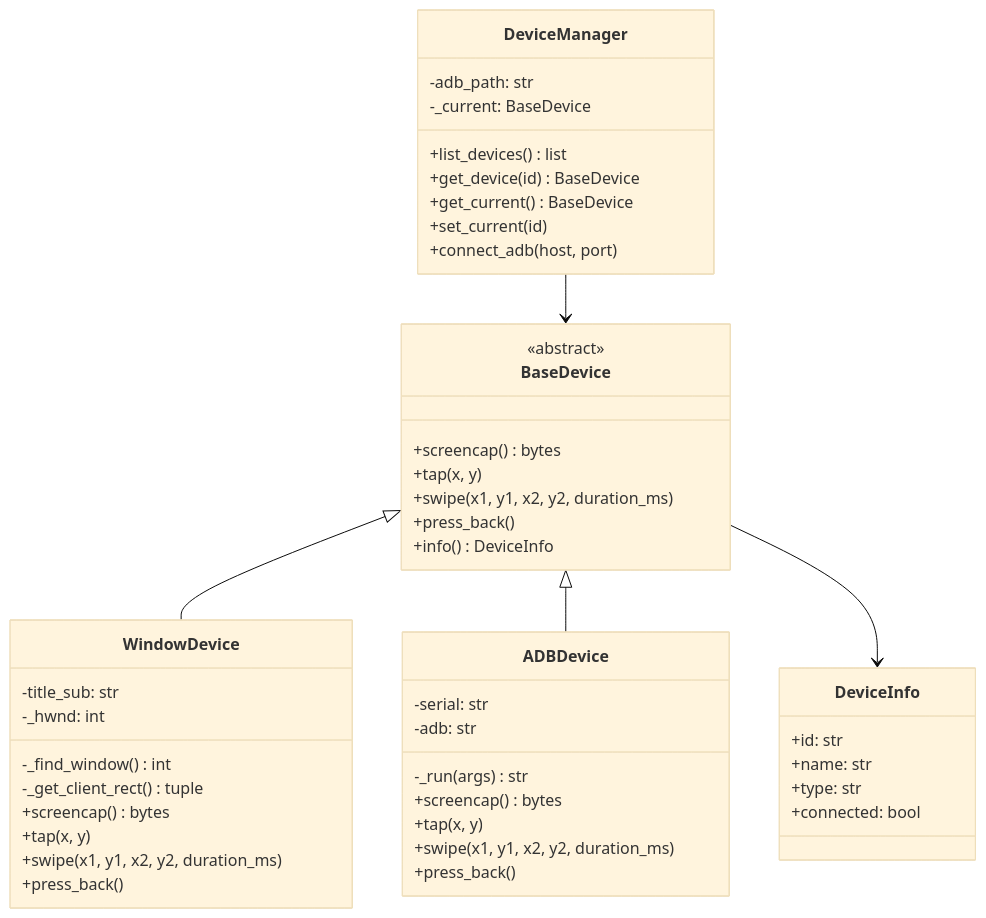
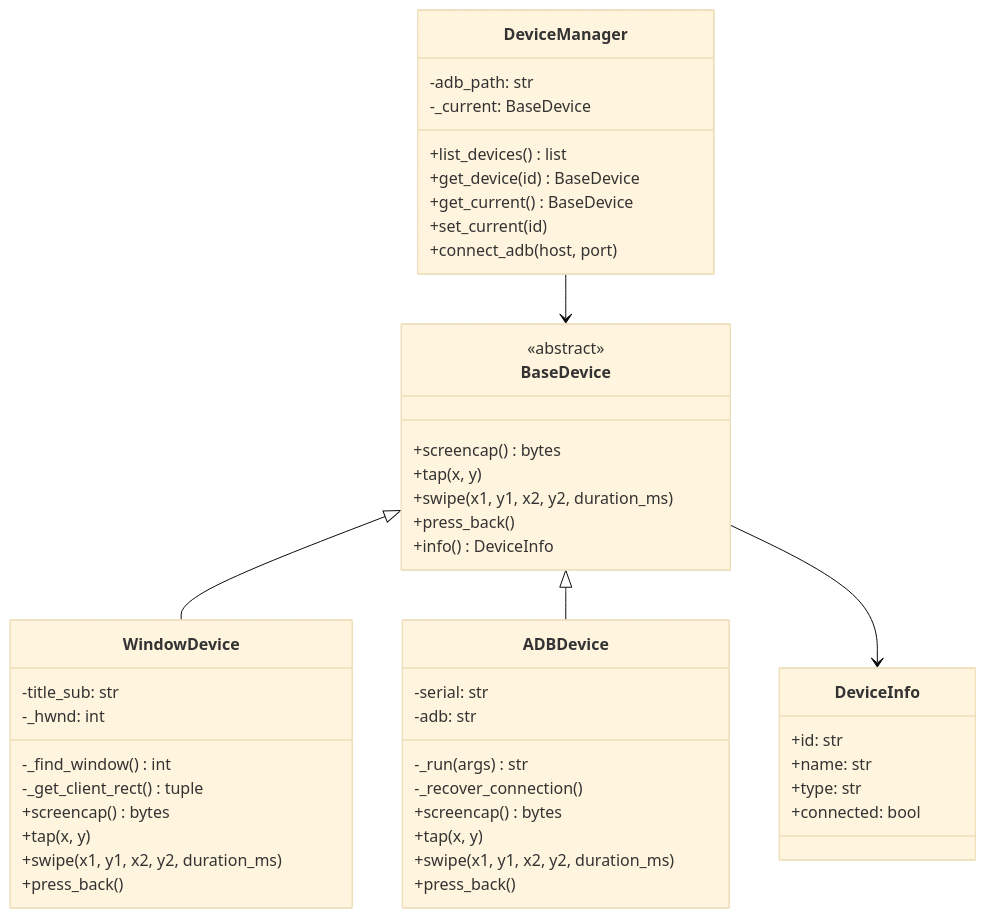
Before and after one commit to yun-2000/wos-bluestacks-bot: the third of 4 diagrams in docs/architecture.md, drawn with Mermaid (base theme). The commit also changed 11 other files, not shown here.

````diff
--- a/docs/architecture.md
+++ b/docs/architecture.md
@@ -96,54 +96,55 @@
 ```mermaid
 classDiagram
     class BaseDevice {
         <<abstract>>
         +screencap() bytes
         +tap(x, y)
         +swipe(x1, y1, x2, y2, duration_ms)
         +press_back()
         +info() DeviceInfo
     }
 
     class WindowDevice {
         -title_sub: str
         -_hwnd: int
         -_find_window() int
         -_get_client_rect() tuple
         +screencap() bytes
         +tap(x, y)
         +swipe(x1, y1, x2, y2, duration_ms)
         +press_back()
     }
 
     class ADBDevice {
         -serial: str
         -adb: str
         -_run(args) str
+        -_recover_connection()
         +screencap() bytes
         +tap(x, y)
         +swipe(x1, y1, x2, y2, duration_ms)
         +press_back()
     }
 
     class DeviceManager {
         -adb_path: str
         -_current: BaseDevice
         +list_devices() list
         +get_device(id) BaseDevice
         +get_current() BaseDevice
         +set_current(id)
         +connect_adb(host, port)
     }
 
     class DeviceInfo {
         +id: str
         +name: str
         +type: str
         +connected: bool
     }
 
     BaseDevice <|-- WindowDevice
     BaseDevice <|-- ADBDevice
     DeviceManager --> BaseDevice
     BaseDevice --> DeviceInfo
 ```
````
